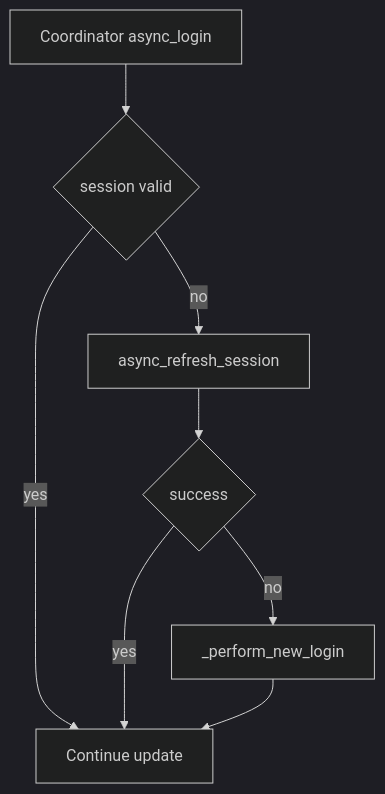
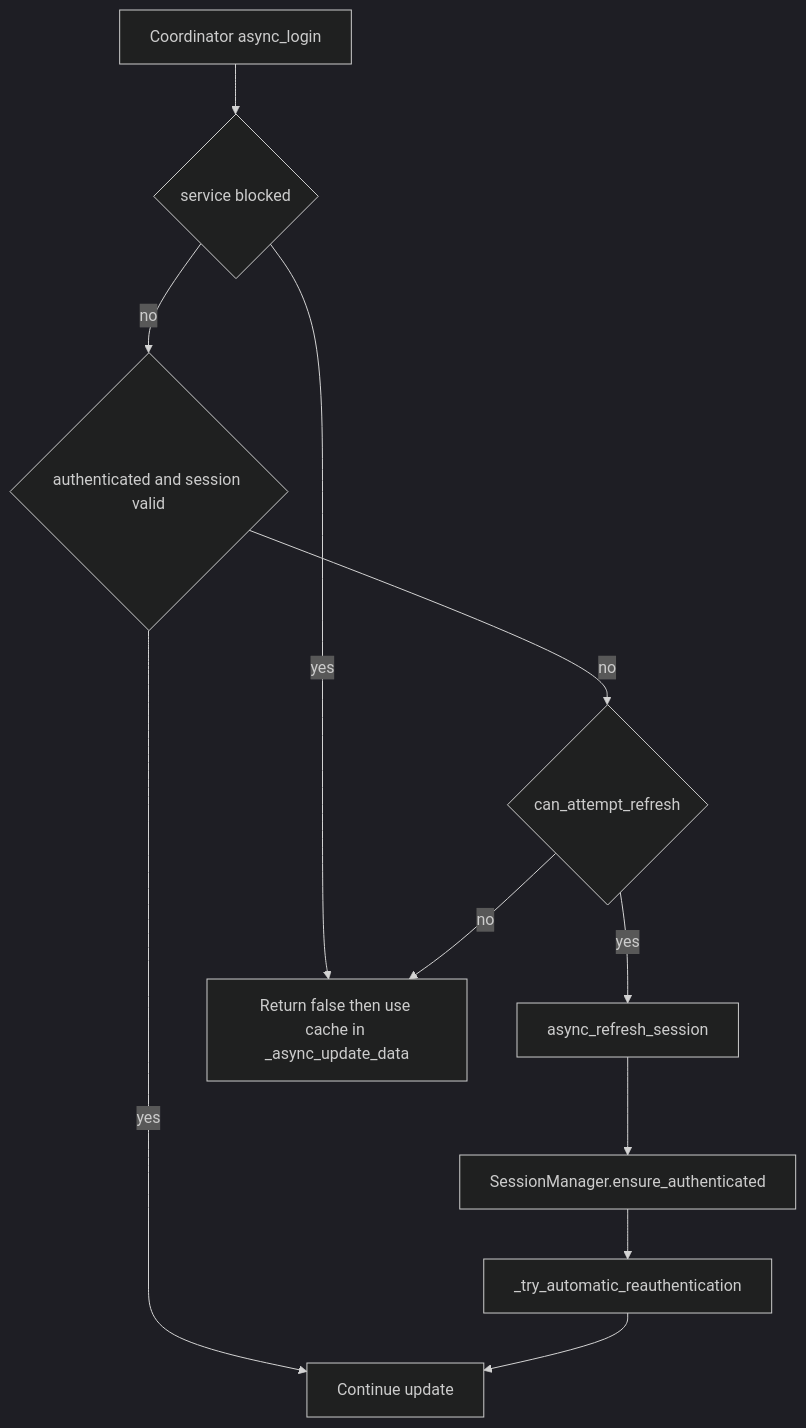
One commit to lazgeo/swe_verisure changed the diagram in docs/architecture/diagrams/authentication-flow.md. Above: the diagram before and after it, drawn with Mermaid (dark theme). The commit also changed 25 other files, not shown here.

````diff
--- a/docs/architecture/diagrams/authentication-flow.md
+++ b/docs/architecture/diagrams/authentication-flow.md
@@ -3,16 +3,23 @@
 ```mermaid
 flowchart TD
   start[Coordinator async_login]
-  valid{session valid}
+  blocked{service blocked}
+  valid{authenticated and session valid}
+  canRefresh{can_attempt_refresh}
   refresh[async_refresh_session]
-  login[_perform_new_login]
-  ok{success}
+  ensure[SessionManager.ensure_authenticated]
+  reauth[_try_automatic_reauthentication]
+  done[Continue update]
+  cache[Return false then use cache in _async_update_data]
 
-  start --> valid
-  valid -->|yes| done[Continue update]
-  valid -->|no| refresh
-  refresh --> ok
-  ok -->|yes| done
-  ok -->|no| login
-  login --> done
+  start --> blocked
+  blocked -->|yes| cache
+  blocked -->|no| valid
+  valid -->|yes| done
+  valid -->|no| canRefresh
+  canRefresh -->|no| cache
+  canRefresh -->|yes| refresh
+  refresh --> ensure
+  ensure --> reauth
+  reauth --> done
 ```
````
